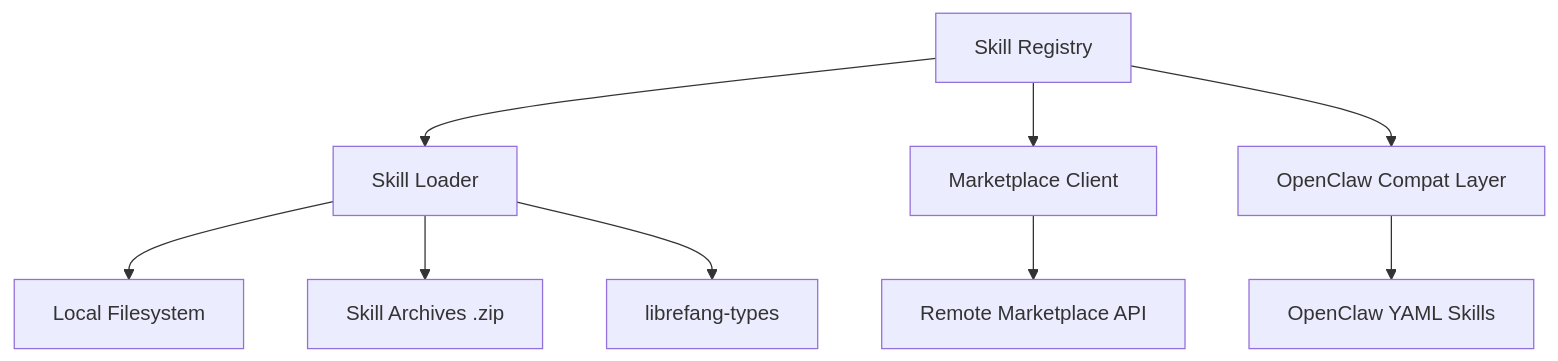
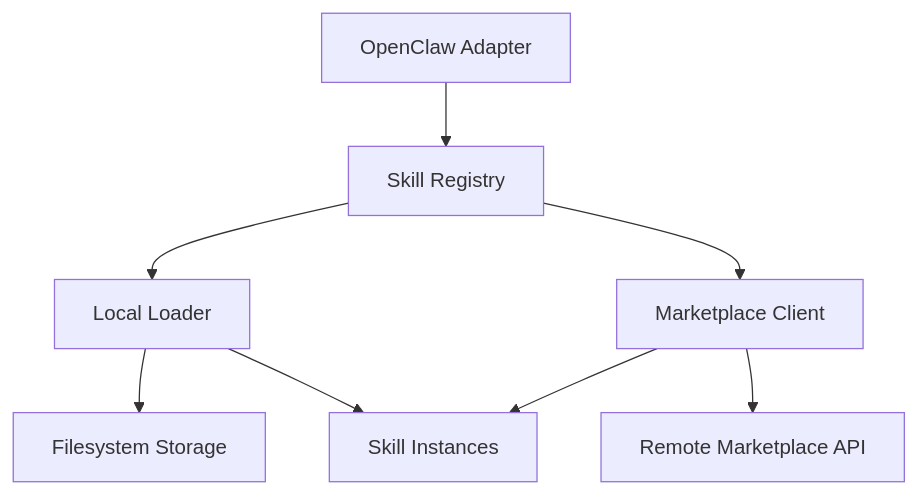
The diagram in other-librefang-skills.md (leszek3737/librefang-WIki), drawn with Mermaid before and after one commit. The commit also changed other lines of this file and 98 other files, not shown here.

````diff
--- a/other-librefang-skills.md
+++ b/other-librefang-skills.md
@@ -13,11 +13,10 @@
 ```mermaid
 graph TD
-    A[Skill Registry] --> B[Skill Loader]
-    B --> C[Local Filesystem]
-    B --> D[Skill Archives .zip]
-    A --> E[Marketplace Client]
-    E --> F[Remote Marketplace API]
-    A --> G[OpenClaw Compat Layer]
-    G --> H[OpenClaw YAML Skills]
-    B --> I[librefang-types]
+    A[Skill Registry] --> B[Local Loader]
+    A --> C[Marketplace Client]
+    D[OpenClaw Adapter] --> A
+    B --> E[Filesystem Storage]
+    C --> F[Remote Marketplace API]
+    B --> G[Skill Instances]
+    C --> G
 ```
````
